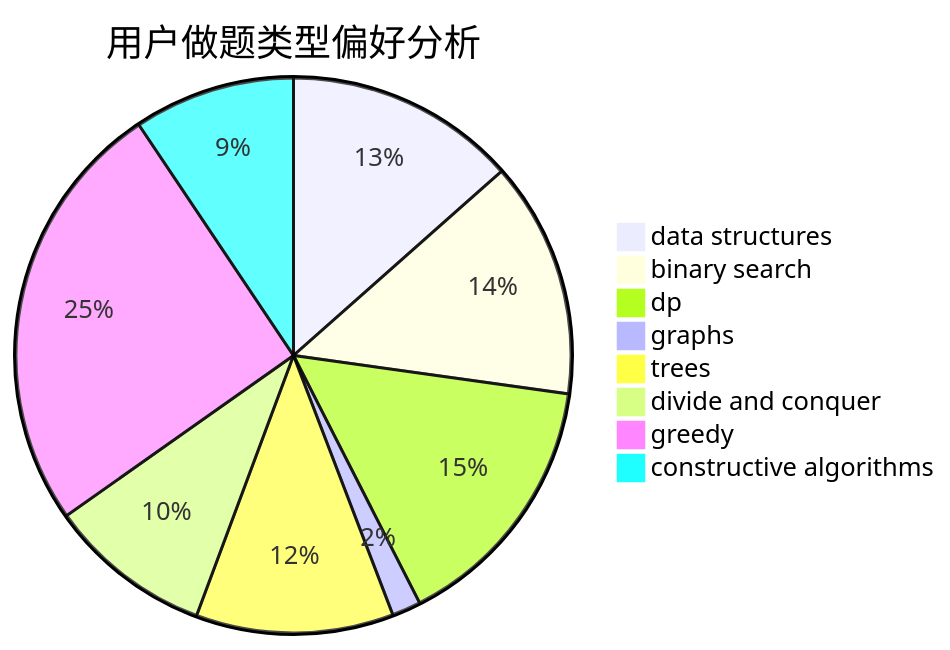
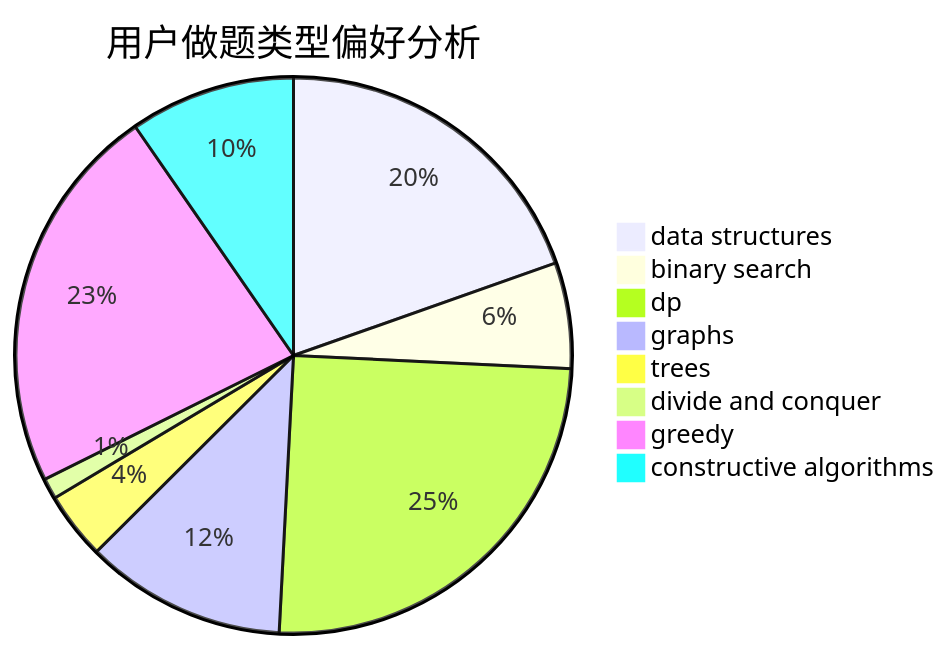
The second of 3 diagrams in docs/user/u703.md (sherpahu/cfrs.github.io), drawn with Mermaid before and after one commit. The commit also changed other lines of this file and 2770 other files, not shown here.

````diff
--- a/docs/user/u703.md
+++ b/docs/user/u703.md
@@ -23,11 +23,11 @@
 ```mermaid
 pie title 用户做题类型偏好分析
-    "data structures" :  96
-    "binary search" :  98
-    "dp" :  109
-    "graphs" :  12
-    "trees" :  82
-    "divide and conquer" :  68
-    "greedy" :  181
-    "constructive algorithms" :  67
+    "data structures" :  226
+    "binary search" :  71
+    "dp" :  289
+    "graphs" :  135
+    "trees" :  45
+    "divide and conquer" :  14
+    "greedy" :  262
+    "constructive algorithms" :  111
 ```
````
